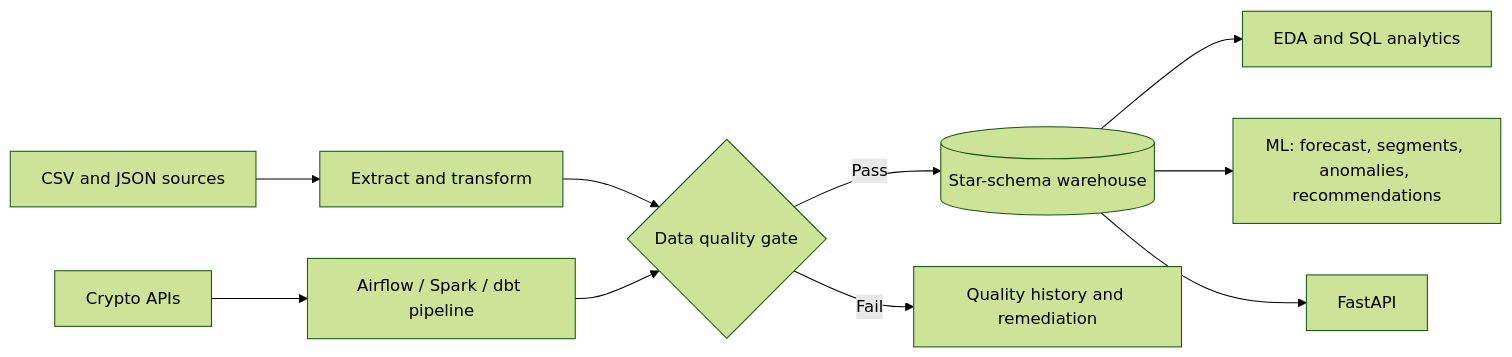
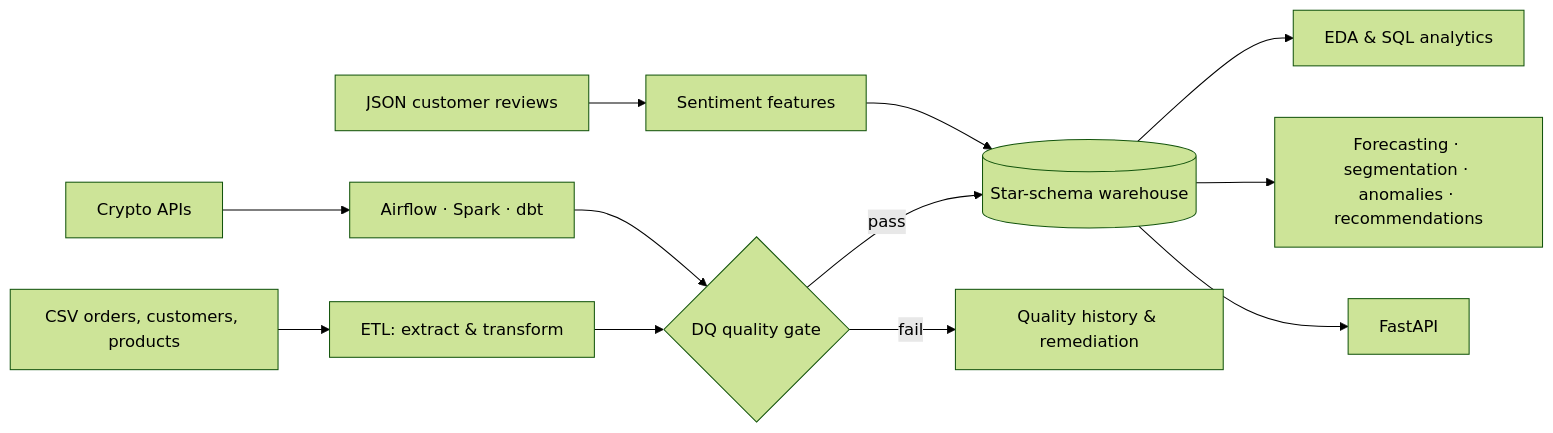
The diagram in README.md (BasmallaMetwally/ai-ready-data-platform), drawn with Mermaid (forest theme) before and after one commit. The commit also changed other lines of this file and 11 other files, not shown here.

````diff
--- a/README.md
+++ b/README.md
@@ -25,12 +40,14 @@
 ```mermaid
 flowchart LR
-    A[CSV and JSON sources] --> B[Extract and transform]
-    B --> C{Data quality gate}
-    C -->|Pass| D[(Star-schema warehouse)]
-    C -->|Fail| E[Quality history and remediation]
-    D --> F[EDA and SQL analytics]
-    D --> G[ML: forecast, segments, anomalies, recommendations]
-    D --> H[FastAPI]
-    I[Crypto APIs] --> J[Airflow / Spark / dbt pipeline]
-    J --> C
+    A[CSV orders, customers, products] --> B[ETL: extract & transform]
+    R[JSON customer reviews] --> S[Sentiment features]
+    B --> Q{DQ quality gate}
+    Q -->|pass| W[(Star-schema warehouse)]
+    Q -->|fail| H[Quality history & remediation]
+    S --> W
+    W --> E[EDA & SQL analytics]
+    W --> M[Forecasting · segmentation · anomalies · recommendations]
+    W --> F[FastAPI]
+    C[Crypto APIs] --> AFS[Airflow · Spark · dbt]
+    AFS --> Q
 ```
````
